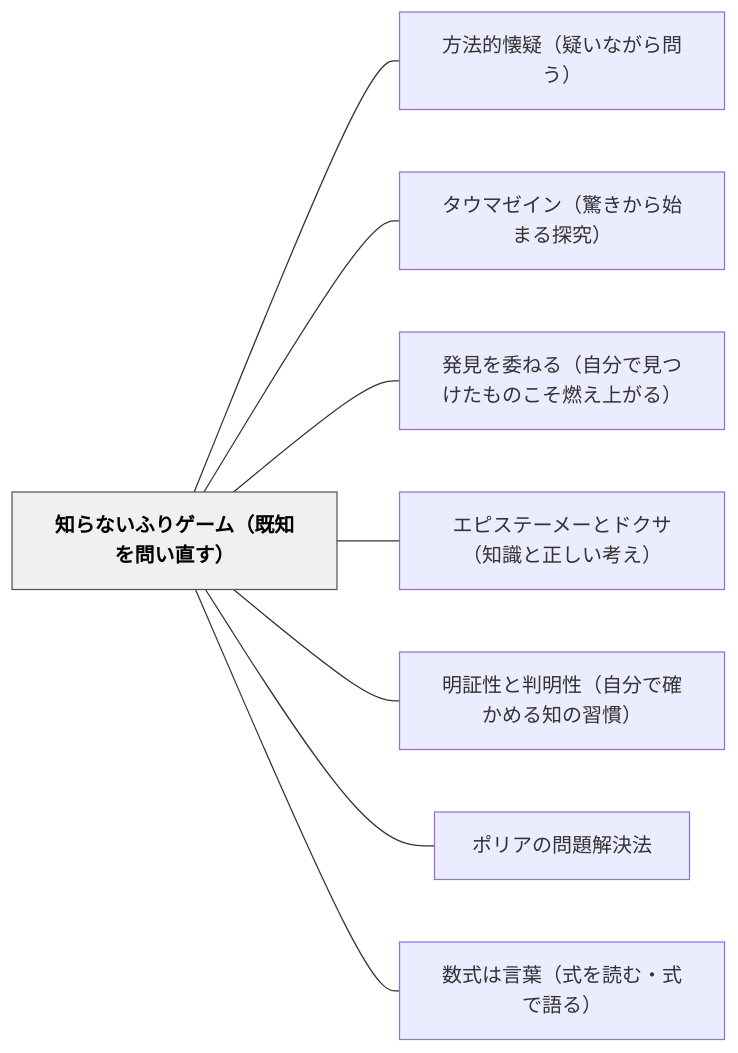
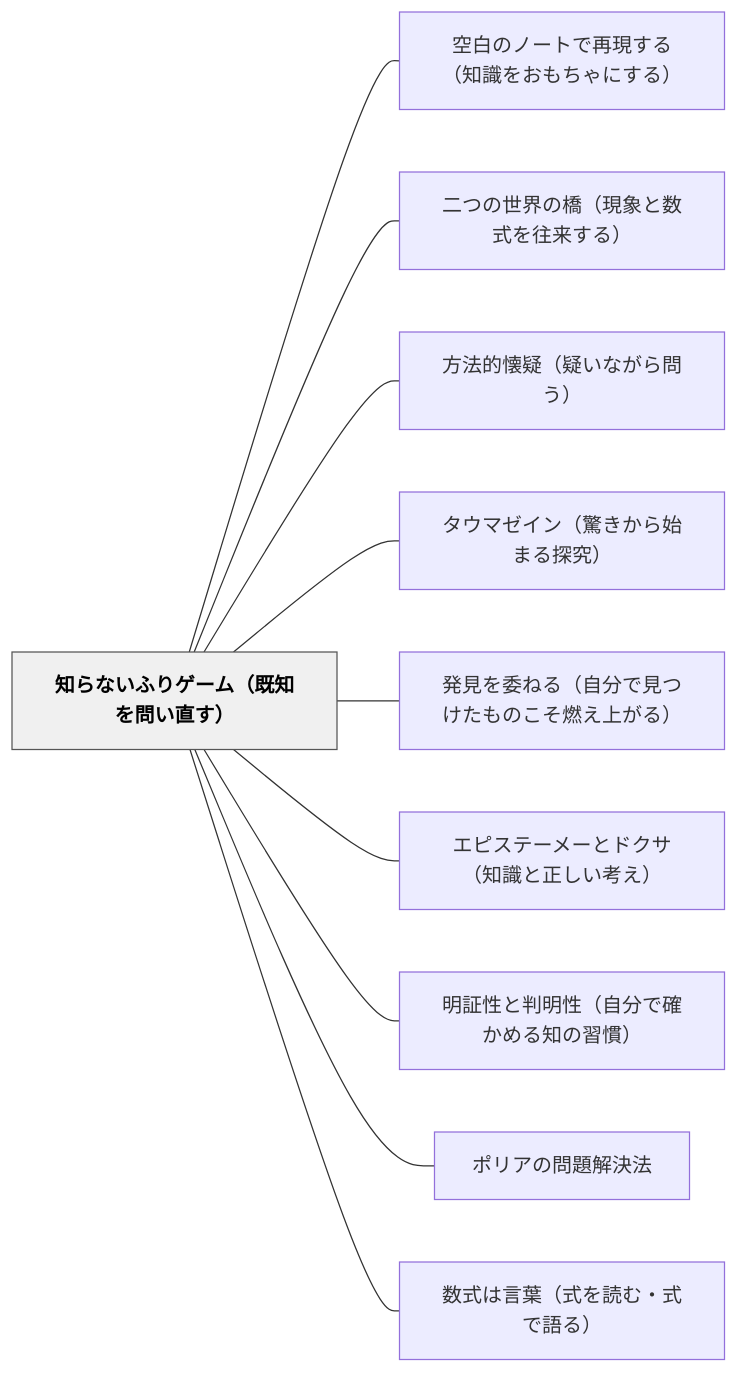
Before and after one commit to unknownthings-ed-patterns/unknownthings-ed-patterns: the diagram in content/パタン/知らないふりゲーム（既知を問い直す）.md, drawn with Mermaid. The commit also changed other lines of this file and 185 other files, not shown here.

````diff
--- a/content/パタン/知らないふりゲーム（既知を問い直す）.md
+++ b/content/パタン/知らないふりゲーム（既知を問い直す）.md
@@ -113,22 +115,26 @@
 ```mermaid
 flowchart LR
     ne79fa5e38289e381aae38184e381b5e3828ae382b2e383bce383a0efbc88e697a2e79fa5e38292e5958fe38184e79bb4e38199efbc89["知らないふりゲーム（既知を問い直す）"]
+    ne7a9bae799bde381aee3838ee383bce38388e381a7e5868de78fbee38199e3828befbc88e79fa5e8ad98e38292e3818ae38282e381a1e38283e381abe38199e3828befbc89["空白のノートで再現する（知識をおもちゃにする）"]
+    ne4ba8ce381a4e381aee4b896e7958ce381aee6a98befbc88e78fbee8b1a1e381a8e695b0e5bc8fe38292e5be80e69da5e38199e3828befbc89["二つの世界の橋（現象と数式を往来する）"]
     ne696b9e6b395e79a84e68790e79691efbc88e79691e38184e381aae3818ce38289e5958fe38186efbc89["方法的懐疑（疑いながら問う）"]
     ne382bfe382a6e3839ee382bce382a4e383b3efbc88e9a99ae3818de3818be38289e5a78be381bee3828be68ea2e7a9b6efbc89["タウマゼイン（驚きから始まる探究）"]
     ne799bae8a68be38292e5a794e381ade3828befbc88e887aae58886e381a7e8a68be381a4e38191e3819fe38282e381aee38193e3819de78783e38188e4b88ae3818ce3828befbc89["発見を委ねる（自分で見つけたものこそ燃え上がる）"]
     ne382a8e38394e382b9e38386e383bce383a1e383bce381a8e38389e382afe382b5efbc88e79fa5e8ad98e381a8e6ada3e38197e38184e88083e38188efbc89["エピステーメーとドクサ（知識と正しい考え）"]
     ne6988ee8a8bce680a7e381a8e588a4e6988ee680a7efbc88e887aae58886e381a7e7a2bae3818be38281e3828be79fa5e381aee7bf92e685a3efbc89["明証性と判明性（自分で確かめる知の習慣）"]
     ne3839de383aae382a2e381aee5958fe9a18ce8a7a3e6b1bae6b395["ポリアの問題解決法"]
     ne695b0e5bc8fe381afe8a880e89189efbc88e5bc8fe38292e8aaade38280e383bbe5bc8fe381a7e8aa9ee3828befbc89["数式は言葉（式を読む・式で語る）"]
 
+    ne79fa5e38289e381aae38184e381b5e3828ae382b2e383bce383a0efbc88e697a2e79fa5e38292e5958fe38184e79bb4e38199efbc89 --- ne7a9bae799bde381aee3838ee383bce38388e381a7e5868de78fbee38199e3828befbc88e79fa5e8ad98e38292e3818ae38282e381a1e38283e381abe38199e3828befbc89
+    ne79fa5e38289e381aae38184e381b5e3828ae382b2e383bce383a0efbc88e697a2e79fa5e38292e5958fe38184e79bb4e38199efbc89 --- ne4ba8ce381a4e381aee4b896e7958ce381aee6a98befbc88e78fbee8b1a1e381a8e695b0e5bc8fe38292e5be80e69da5e38199e3828befbc89
     ne79fa5e38289e381aae38184e381b5e3828ae382b2e383bce383a0efbc88e697a2e79fa5e38292e5958fe38184e79bb4e38199efbc89 --- ne696b9e6b395e79a84e68790e79691efbc88e79691e38184e381aae3818ce38289e5958fe38186efbc89
     ne79fa5e38289e381aae38184e381b5e3828ae382b2e383bce383a0efbc88e697a2e79fa5e38292e5958fe38184e79bb4e38199efbc89 --- ne382bfe382a6e3839ee382bce382a4e383b3efbc88e9a99ae3818de3818be38289e5a78be381bee3828be68ea2e7a9b6efbc89
     ne79fa5e38289e381aae38184e381b5e3828ae382b2e383bce383a0efbc88e697a2e79fa5e38292e5958fe38184e79bb4e38199efbc89 --- ne799bae8a68be38292e5a794e381ade3828befbc88e887aae58886e381a7e8a68be381a4e38191e3819fe38282e381aee38193e3819de78783e38188e4b88ae3818ce3828befbc89
     ne79fa5e38289e381aae38184e381b5e3828ae382b2e383bce383a0efbc88e697a2e79fa5e38292e5958fe38184e79bb4e38199efbc89 --- ne382a8e38394e382b9e38386e383bce383a1e383bce381a8e38389e382afe382b5efbc88e79fa5e8ad98e381a8e6ada3e38197e38184e88083e38188efbc89
     ne79fa5e38289e381aae38184e381b5e3828ae382b2e383bce383a0efbc88e697a2e79fa5e38292e5958fe38184e79bb4e38199efbc89 --- ne6988ee8a8bce680a7e381a8e588a4e6988ee680a7efbc88e887aae58886e381a7e7a2bae3818be38281e3828be79fa5e381aee7bf92e685a3efbc89
     ne79fa5e38289e381aae38184e381b5e3828ae382b2e383bce383a0efbc88e697a2e79fa5e38292e5958fe38184e79bb4e38199efbc89 --- ne3839de383aae382a2e381aee5958fe9a18ce8a7a3e6b1bae6b395
     ne79fa5e38289e381aae38184e381b5e3828ae382b2e383bce383a0efbc88e697a2e79fa5e38292e5958fe38184e79bb4e38199efbc89 --- ne695b0e5bc8fe381afe8a880e89189efbc88e5bc8fe38292e8aaade38280e383bbe5bc8fe381a7e8aa9ee3828befbc89
 
     classDef hub fill:#f0f0f0,stroke:#555,color:#000,font-weight:bold
     class ne79fa5e38289e381aae38184e381b5e3828ae382b2e383bce383a0efbc88e697a2e79fa5e38292e5958fe38184e79bb4e38199efbc89 hub
 ```
````
